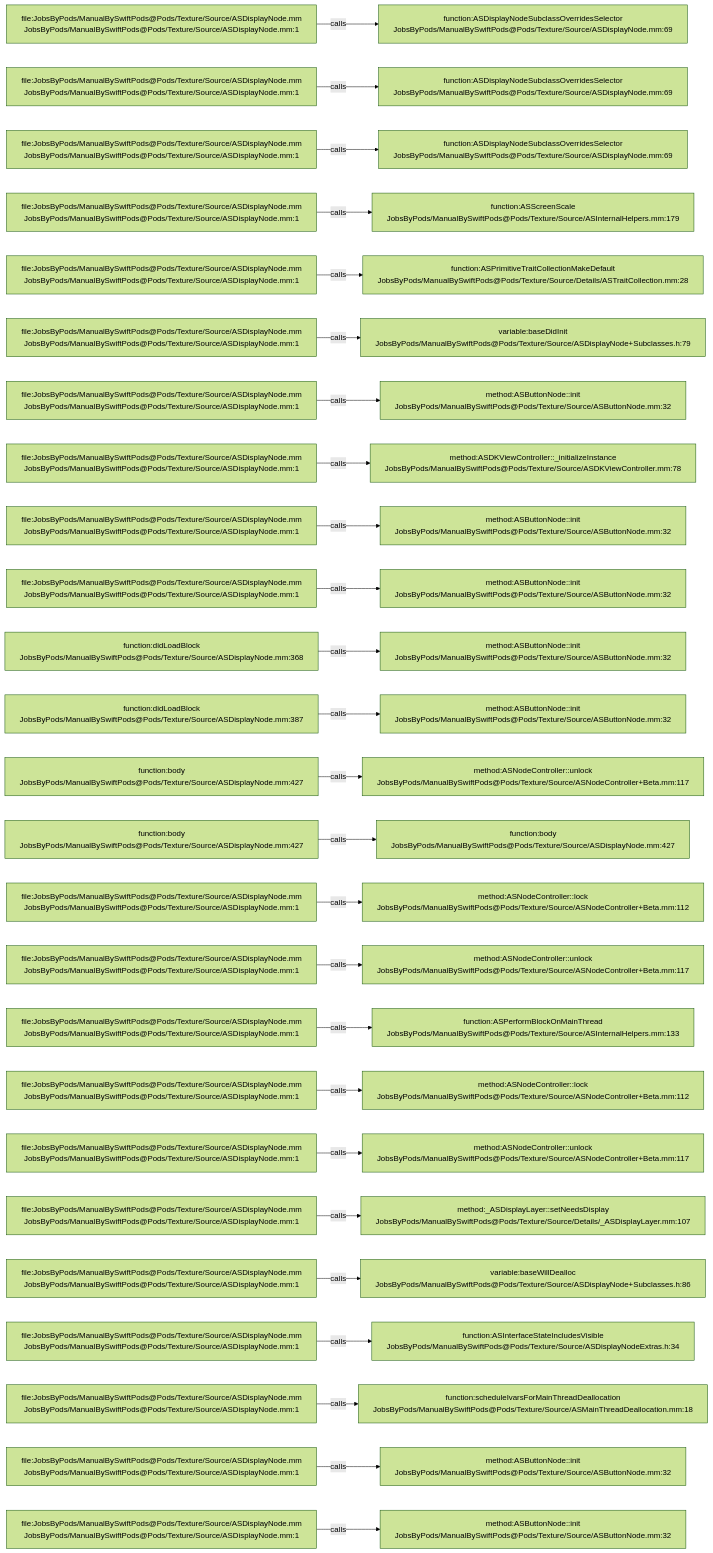
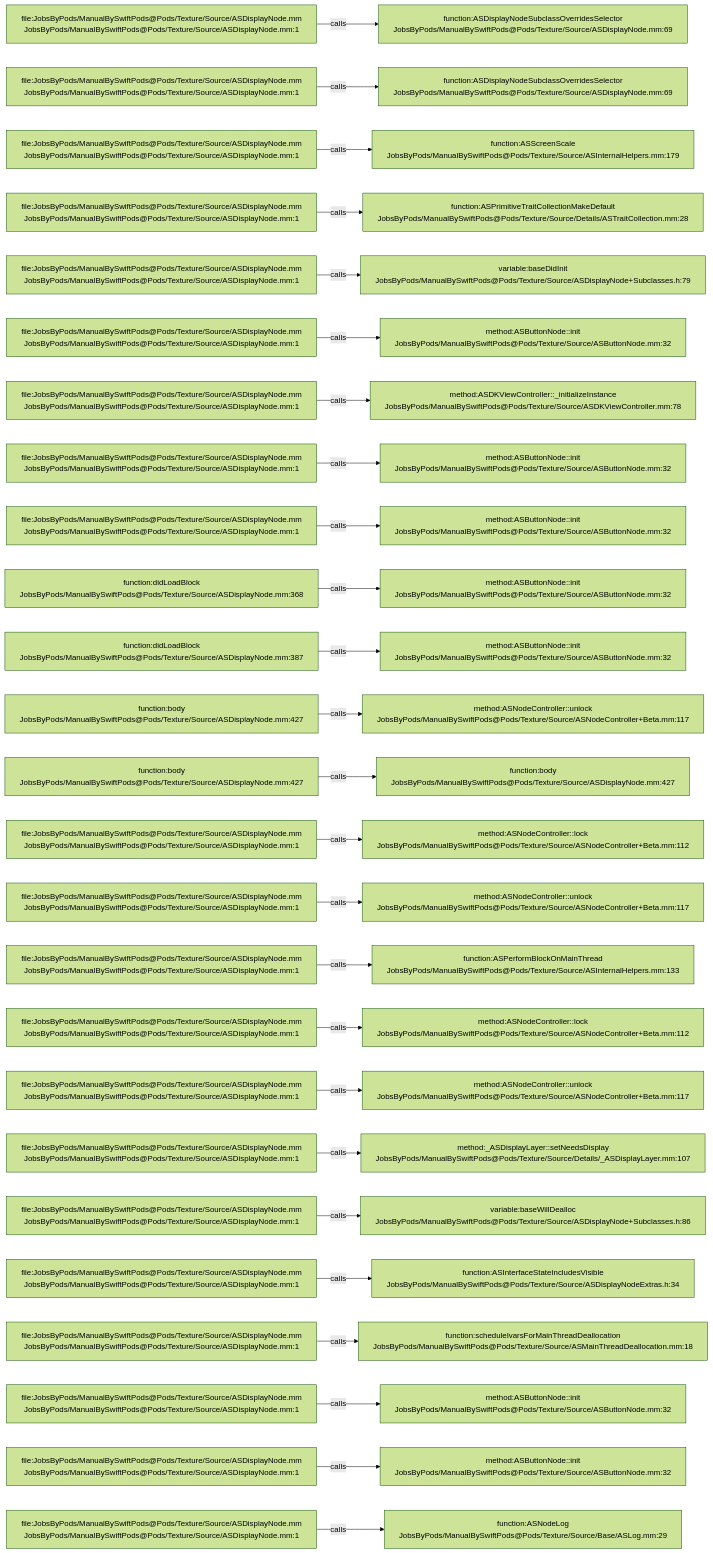
The diagram in .codegraph/codegraph.md/graphs/calls-027.md (JobsKits/JobsSwiftBaseConfigDemo), drawn with Mermaid (forest theme) before and after one commit. The commit also changed 747 other files, not shown here.

````diff
--- a/.codegraph/codegraph.md/graphs/calls-027.md
+++ b/.codegraph/codegraph.md/graphs/calls-027.md
@@ -13,78 +13,78 @@
 ```mermaid
 flowchart LR
   S1["file:JobsByPods/ManualBySwiftPods@Pods/Texture/Source/ASDisplayNode.mm<br/>JobsByPods/ManualBySwiftPods@Pods/Texture/Source/ASDisplayNode.mm:1"]
   T1["function:ASDisplayNodeSubclassOverridesSelector<br/>JobsByPods/ManualBySwiftPods@Pods/Texture/Source/ASDisplayNode.mm:69"]
   S1 -->|calls| T1
   S2["file:JobsByPods/ManualBySwiftPods@Pods/Texture/Source/ASDisplayNode.mm<br/>JobsByPods/ManualBySwiftPods@Pods/Texture/Source/ASDisplayNode.mm:1"]
   T2["function:ASDisplayNodeSubclassOverridesSelector<br/>JobsByPods/ManualBySwiftPods@Pods/Texture/Source/ASDisplayNode.mm:69"]
   S2 -->|calls| T2
   S3["file:JobsByPods/ManualBySwiftPods@Pods/Texture/Source/ASDisplayNode.mm<br/>JobsByPods/ManualBySwiftPods@Pods/Texture/Source/ASDisplayNode.mm:1"]
-  T3["function:ASDisplayNodeSubclassOverridesSelector<br/>JobsByPods/ManualBySwiftPods@Pods/Texture/Source/ASDisplayNode.mm:69"]
+  T3["function:ASScreenScale<br/>JobsByPods/ManualBySwiftPods@Pods/Texture/Source/ASInternalHelpers.mm:179"]
   S3 -->|calls| T3
   S4["file:JobsByPods/ManualBySwiftPods@Pods/Texture/Source/ASDisplayNode.mm<br/>JobsByPods/ManualBySwiftPods@Pods/Texture/Source/ASDisplayNode.mm:1"]
-  T4["function:ASScreenScale<br/>JobsByPods/ManualBySwiftPods@Pods/Texture/Source/ASInternalHelpers.mm:179"]
+  T4["function:ASPrimitiveTraitCollectionMakeDefault<br/>JobsByPods/ManualBySwiftPods@Pods/Texture/Source/Details/ASTraitCollection.mm:28"]
   S4 -->|calls| T4
   S5["file:JobsByPods/ManualBySwiftPods@Pods/Texture/Source/ASDisplayNode.mm<br/>JobsByPods/ManualBySwiftPods@Pods/Texture/Source/ASDisplayNode.mm:1"]
-  T5["function:ASPrimitiveTraitCollectionMakeDefault<br/>JobsByPods/ManualBySwiftPods@Pods/Texture/Source/Details/ASTraitCollection.mm:28"]
+  T5["variable:baseDidInit<br/>JobsByPods/ManualBySwiftPods@Pods/Texture/Source/ASDisplayNode+Subclasses.h:79"]
   S5 -->|calls| T5
   S6["file:JobsByPods/ManualBySwiftPods@Pods/Texture/Source/ASDisplayNode.mm<br/>JobsByPods/ManualBySwiftPods@Pods/Texture/Source/ASDisplayNode.mm:1"]
-  T6["variable:baseDidInit<br/>JobsByPods/ManualBySwiftPods@Pods/Texture/Source/ASDisplayNode+Subclasses.h:79"]
+  T6["method:ASButtonNode::init<br/>JobsByPods/ManualBySwiftPods@Pods/Texture/Source/ASButtonNode.mm:32"]
   S6 -->|calls| T6
   S7["file:JobsByPods/ManualBySwiftPods@Pods/Texture/Source/ASDisplayNode.mm<br/>JobsByPods/ManualBySwiftPods@Pods/Texture/Source/ASDisplayNode.mm:1"]
-  T7["method:ASButtonNode::init<br/>JobsByPods/ManualBySwiftPods@Pods/Texture/Source/ASButtonNode.mm:32"]
+  T7["method:ASDKViewController::_initializeInstance<br/>JobsByPods/ManualBySwiftPods@Pods/Texture/Source/ASDKViewController.mm:78"]
   S7 -->|calls| T7
   S8["file:JobsByPods/ManualBySwiftPods@Pods/Texture/Source/ASDisplayNode.mm<br/>JobsByPods/ManualBySwiftPods@Pods/Texture/Source/ASDisplayNode.mm:1"]
-  T8["method:ASDKViewController::_initializeInstance<br/>JobsByPods/ManualBySwiftPods@Pods/Texture/Source/ASDKViewController.mm:78"]
+  T8["method:ASButtonNode::init<br/>JobsByPods/ManualBySwiftPods@Pods/Texture/Source/ASButtonNode.mm:32"]
   S8 -->|calls| T8
   S9["file:JobsByPods/ManualBySwiftPods@Pods/Texture/Source/ASDisplayNode.mm<br/>JobsByPods/ManualBySwiftPods@Pods/Texture/Source/ASDisplayNode.mm:1"]
   T9["method:ASButtonNode::init<br/>JobsByPods/ManualBySwiftPods@Pods/Texture/Source/ASButtonNode.mm:32"]
   S9 -->|calls| T9
-  S10["file:JobsByPods/ManualBySwiftPods@Pods/Texture/Source/ASDisplayNode.mm<br/>JobsByPods/ManualBySwiftPods@Pods/Texture/Source/ASDisplayNode.mm:1"]
+  S10["function:didLoadBlock<br/>JobsByPods/ManualBySwiftPods@Pods/Texture/Source/ASDisplayNode.mm:368"]
   T10["method:ASButtonNode::init<br/>JobsByPods/ManualBySwiftPods@Pods/Texture/Source/ASButtonNode.mm:32"]
   S10 -->|calls| T10
-  S11["function:didLoadBlock<br/>JobsByPods/ManualBySwiftPods@Pods/Texture/Source/ASDisplayNode.mm:368"]
+  S11["function:didLoadBlock<br/>JobsByPods/ManualBySwiftPods@Pods/Texture/Source/ASDisplayNode.mm:387"]
   T11["method:ASButtonNode::init<br/>JobsByPods/ManualBySwiftPods@Pods/Texture/Source/ASButtonNode.mm:32"]
   S11 -->|calls| T11
-  S12["function:didLoadBlock<br/>JobsByPods/ManualBySwiftPods@Pods/Texture/Source/ASDisplayNode.mm:387"]
-  T12["method:ASButtonNode::init<br/>JobsByPods/ManualBySwiftPods@Pods/Texture/Source/ASButtonNode.mm:32"]
+  S12["function:body<br/>JobsByPods/ManualBySwiftPods@Pods/Texture/Source/ASDisplayNode.mm:427"]
+  T12["method:ASNodeController::unlock<br/>JobsByPods/ManualBySwiftPods@Pods/Texture/Source/ASNodeController+Beta.mm:117"]
   S12 -->|calls| T12
   S13["function:body<br/>JobsByPods/ManualBySwiftPods@Pods/Texture/Source/ASDisplayNode.mm:427"]
-  T13["method:ASNodeController::unlock<br/>JobsByPods/ManualBySwiftPods@Pods/Texture/Source/ASNodeController+Beta.mm:117"]
+  T13["function:body<br/>JobsByPods/ManualBySwiftPods@Pods/Texture/Source/ASDisplayNode.mm:427"]
   S13 -->|calls| T13
-  S14["function:body<br/>JobsByPods/ManualBySwiftPods@Pods/Texture/Source/ASDisplayNode.mm:427"]
-  T14["function:body<br/>JobsByPods/ManualBySwiftPods@Pods/Texture/Source/ASDisplayNode.mm:427"]
+  S14["file:JobsByPods/ManualBySwiftPods@Pods/Texture/Source/ASDisplayNode.mm<br/>JobsByPods/ManualBySwiftPods@Pods/Texture/Source/ASDisplayNode.mm:1"]
+  T14["method:ASNodeController::lock<br/>JobsByPods/ManualBySwiftPods@Pods/Texture/Source/ASNodeController+Beta.mm:112"]
   S14 -->|calls| T14
   S15["file:JobsByPods/ManualBySwiftPods@Pods/Texture/Source/ASDisplayNode.mm<br/>JobsByPods/ManualBySwiftPods@Pods/Texture/Source/ASDisplayNode.mm:1"]
-  T15["method:ASNodeController::lock<br/>JobsByPods/ManualBySwiftPods@Pods/Texture/Source/ASNodeController+Beta.mm:112"]
+  T15["method:ASNodeController::unlock<br/>JobsByPods/ManualBySwiftPods@Pods/Texture/Source/ASNodeController+Beta.mm:117"]
   S15 -->|calls| T15
   S16["file:JobsByPods/ManualBySwiftPods@Pods/Texture/Source/ASDisplayNode.mm<br/>JobsByPods/ManualBySwiftPods@Pods/Texture/Source/ASDisplayNode.mm:1"]
-  T16["method:ASNodeController::unlock<br/>JobsByPods/ManualBySwiftPods@Pods/Texture/Source/ASNodeController+Beta.mm:117"]
+  T16["function:ASPerformBlockOnMainThread<br/>JobsByPods/ManualBySwiftPods@Pods/Texture/Source/ASInternalHelpers.mm:133"]
   S16 -->|calls| T16
   S17["file:JobsByPods/ManualBySwiftPods@Pods/Texture/Source/ASDisplayNode.mm<br/>JobsByPods/ManualBySwiftPods@Pods/Texture/Source/ASDisplayNode.mm:1"]
-  T17["function:ASPerformBlockOnMainThread<br/>JobsByPods/ManualBySwiftPods@Pods/Texture/Source/ASInternalHelpers.mm:133"]
+  T17["method:ASNodeController::lock<br/>JobsByPods/ManualBySwiftPods@Pods/Texture/Source/ASNodeController+Beta.mm:112"]
   S17 -->|calls| T17
   S18["file:JobsByPods/ManualBySwiftPods@Pods/Texture/Source/ASDisplayNode.mm<br/>JobsByPods/ManualBySwiftPods@Pods/Texture/Source/ASDisplayNode.mm:1"]
-  T18["method:ASNodeController::lock<br/>JobsByPods/ManualBySwiftPods@Pods/Texture/Source/ASNodeController+Beta.mm:112"]
+  T18["method:ASNodeController::unlock<br/>JobsByPods/ManualBySwiftPods@Pods/Texture/Source/ASNodeController+Beta.mm:117"]
   S18 -->|calls| T18
   S19["file:JobsByPods/ManualBySwiftPods@Pods/Texture/Source/ASDisplayNode.mm<br/>JobsByPods/ManualBySwiftPods@Pods/Texture/Source/ASDisplayNode.mm:1"]
-  T19["method:ASNodeController::unlock<br/>JobsByPods/ManualBySwiftPods@Pods/Texture/Source/ASNodeController+Beta.mm:117"]
+  T19["method:_ASDisplayLayer::setNeedsDisplay<br/>JobsByPods/ManualBySwiftPods@Pods/Texture/Source/Details/_ASDisplayLayer.mm:107"]
   S19 -->|calls| T19
   S20["file:JobsByPods/ManualBySwiftPods@Pods/Texture/Source/ASDisplayNode.mm<br/>JobsByPods/ManualBySwiftPods@Pods/Texture/Source/ASDisplayNode.mm:1"]
-  T20["method:_ASDisplayLayer::setNeedsDisplay<br/>JobsByPods/ManualBySwiftPods@Pods/Texture/Source/Details/_ASDisplayLayer.mm:107"]
+  T20["variable:baseWillDealloc<br/>JobsByPods/ManualBySwiftPods@Pods/Texture/Source/ASDisplayNode+Subclasses.h:86"]
   S20 -->|calls| T20
   S21["file:JobsByPods/ManualBySwiftPods@Pods/Texture/Source/ASDisplayNode.mm<br/>JobsByPods/ManualBySwiftPods@Pods/Texture/Source/ASDisplayNode.mm:1"]
-  T21["variable:baseWillDealloc<br/>JobsByPods/ManualBySwiftPods@Pods/Texture/Source/ASDisplayNode+Subclasses.h:86"]
+  T21["function:ASInterfaceStateIncludesVisible<br/>JobsByPods/ManualBySwiftPods@Pods/Texture/Source/ASDisplayNodeExtras.h:34"]
   S21 -->|calls| T21
   S22["file:JobsByPods/ManualBySwiftPods@Pods/Texture/Source/ASDisplayNode.mm<br/>JobsByPods/ManualBySwiftPods@Pods/Texture/Source/ASDisplayNode.mm:1"]
-  T22["function:ASInterfaceStateIncludesVisible<br/>JobsByPods/ManualBySwiftPods@Pods/Texture/Source/ASDisplayNodeExtras.h:34"]
+  T22["function:scheduleIvarsForMainThreadDeallocation<br/>JobsByPods/ManualBySwiftPods@Pods/Texture/Source/ASMainThreadDeallocation.mm:18"]
   S22 -->|calls| T22
   S23["file:JobsByPods/ManualBySwiftPods@Pods/Texture/Source/ASDisplayNode.mm<br/>JobsByPods/ManualBySwiftPods@Pods/Texture/Source/ASDisplayNode.mm:1"]
-  T23["function:scheduleIvarsForMainThreadDeallocation<br/>JobsByPods/ManualBySwiftPods@Pods/Texture/Source/ASMainThreadDeallocation.mm:18"]
+  T23["method:ASButtonNode::init<br/>JobsByPods/ManualBySwiftPods@Pods/Texture/Source/ASButtonNode.mm:32"]
   S23 -->|calls| T23
   S24["file:JobsByPods/ManualBySwiftPods@Pods/Texture/Source/ASDisplayNode.mm<br/>JobsByPods/ManualBySwiftPods@Pods/Texture/Source/ASDisplayNode.mm:1"]
   T24["method:ASButtonNode::init<br/>JobsByPods/ManualBySwiftPods@Pods/Texture/Source/ASButtonNode.mm:32"]
   S24 -->|calls| T24
   S25["file:JobsByPods/ManualBySwiftPods@Pods/Texture/Source/ASDisplayNode.mm<br/>JobsByPods/ManualBySwiftPods@Pods/Texture/Source/ASDisplayNode.mm:1"]
-  T25["method:ASButtonNode::init<br/>JobsByPods/ManualBySwiftPods@Pods/Texture/Source/ASButtonNode.mm:32"]
+  T25["function:ASNodeLog<br/>JobsByPods/ManualBySwiftPods@Pods/Texture/Source/Base/ASLog.mm:29"]
   S25 -->|calls| T25
 ```
````
